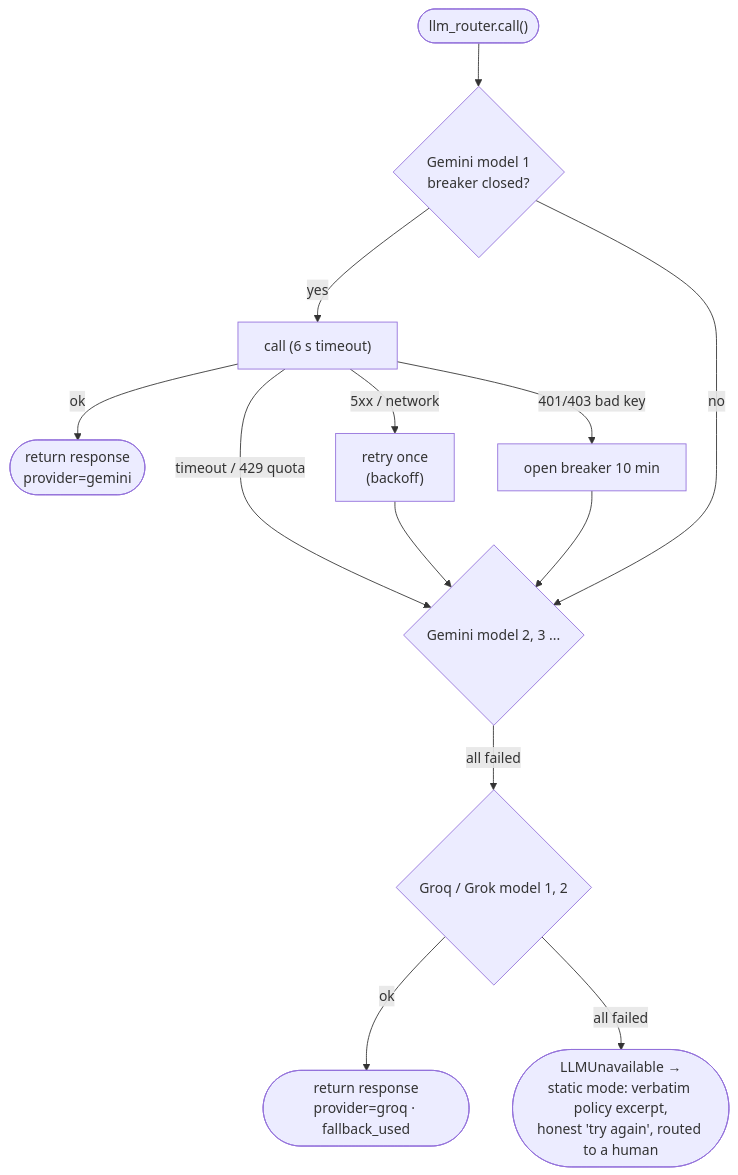
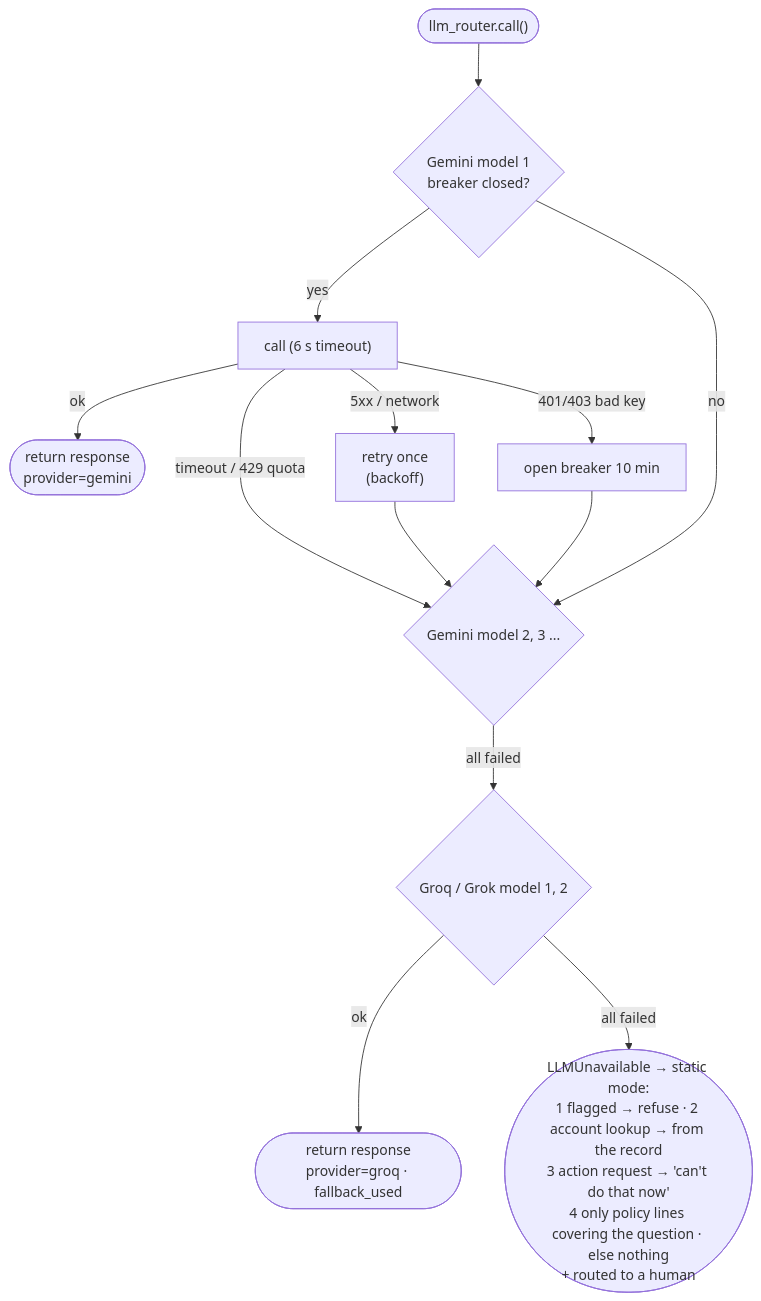
One commit to annu8932091318/Grounded-Card-RAG changed the third of 7 diagrams in docs/ARCHITECTURE.md. Above: the diagram before and after it, drawn with Mermaid. The commit also changed other lines of this file and 38 other files, not shown here.

````diff
--- a/docs/ARCHITECTURE.md
+++ b/docs/ARCHITECTURE.md
@@ -85,13 +85,13 @@
 ```mermaid
 flowchart TD
     start(["llm_router.call()"]) --> g1{"Gemini model 1<br/>breaker closed?"}
     g1 -->|yes| c1["call (6 s timeout)"]
     c1 -->|ok| done(["return response<br/>provider=gemini"])
     c1 -->|"timeout / 429 quota"| g2
     c1 -->|"5xx / network"| r1["retry once<br/>(backoff)"] --> g2
     c1 -->|"401/403 bad key"| open["open breaker 10 min"] --> g2
     g1 -->|no| g2{"Gemini model 2, 3 ..."}
     g2 -->|all failed| k1{"Groq / Grok model 1, 2"}
     k1 -->|ok| done2(["return response<br/>provider=groq · fallback_used"])
-    k1 -->|all failed| s(["LLMUnavailable →<br/>static mode: verbatim policy excerpt,<br/>honest 'try again', routed to a human"])
+    k1 -->|all failed| s(["LLMUnavailable → static mode:<br/>1 flagged → refuse · 2 account lookup → from the record<br/>3 action request → 'can't do that now'<br/>4 only policy lines covering the question · else nothing<br/>+ routed to a human"])
 ```
````
